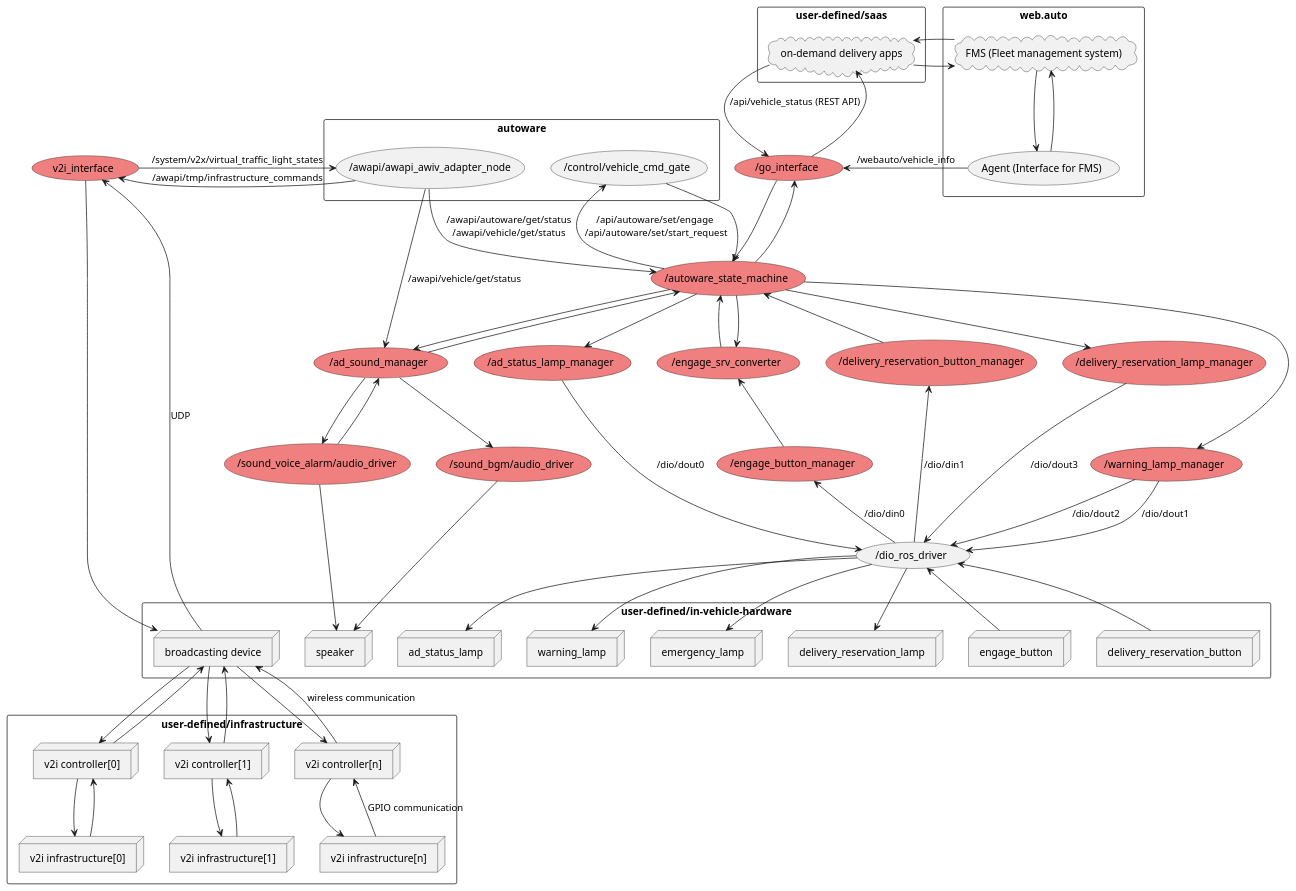
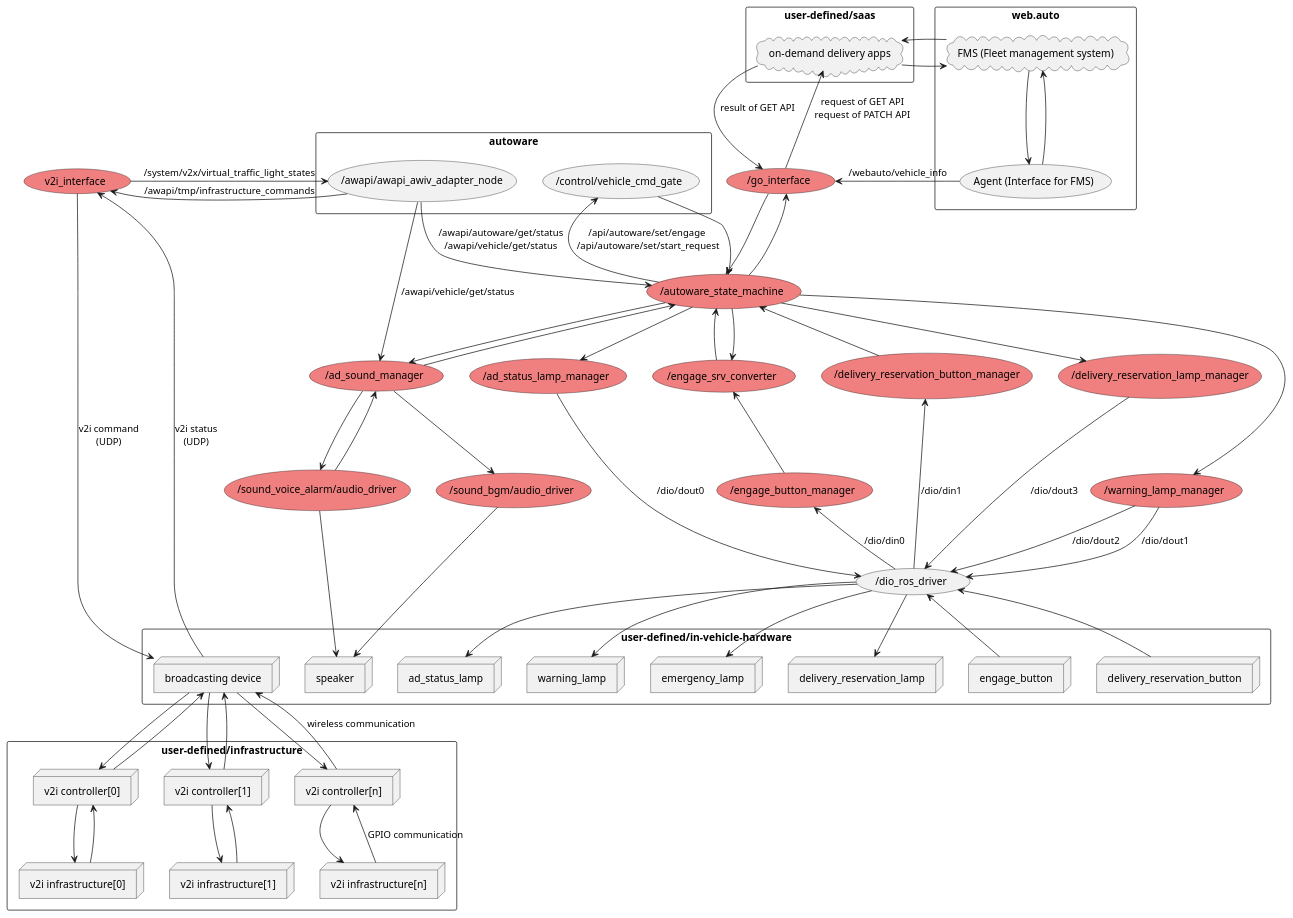
One commit to tier4/proj_launch changed the diagram in docs/node_graph.pu. Above: the diagram before and after it, drawn with PlantUML.

Commit message:
chore(readme): fix interface name in node graph

```diff
--- a/docs/node_graph.pu
+++ b/docs/node_graph.pu
@@ -1,119 +1,119 @@
 @startuml
 rectangle "autoware" {
   usecase "/awapi/awapi_awiv_adapter_node"
   usecase "/control/vehicle_cmd_gate"
 }
 
 rectangle "web.auto" {
   cloud "FMS (Fleet management system)" as FMS
   usecase "Agent (Interface for FMS)" as Agent
 }
 rectangle "user-defined/saas" {
   cloud "on-demand delivery apps" as DeliveryApp
 }
 
 rectangle "user-defined/in-vehicle-hardware" {
   node "broadcasting device"
   node "speaker"
   node "ad_status_lamp"
   node "warning_lamp"
   node "emergency_lamp"
   node "delivery_reservation_lamp"
   node "engage_button"
   node "delivery_reservation_button"
 }
 
 rectangle "user-defined/infrastructure" {
   node "v2i controller[0]" as v2ictl_0
   node "v2i controller[1]" as v2ictl_1
   node "v2i controller[n]" as v2ictl_n
   node "v2i infrastructure[0]" as v2ihw_0
   node "v2i infrastructure[1]" as v2ihw_1
   node "v2i infrastructure[n]" as v2ihw_n
 }
 
 usecase "v2i_interface" #LightCoral
 usecase "/go_interface" #LightCoral
 usecase "/autoware_state_machine" #LightCoral
 usecase "/ad_sound_manager" #LightCoral
 usecase "/sound_voice_alarm/audio_driver" #LightCoral
 usecase "/sound_bgm/audio_driver" #LightCoral
 usecase "/ad_status_lamp_manager" #LightCoral
 usecase "/engage_button_manager" #LightCoral
 usecase "/delivery_reservation_button_manager" #LightCoral
 usecase "/engage_srv_converter" #LightCoral
 usecase "/delivery_reservation_lamp_manager" #LightCoral
 usecase "/warning_lamp_manager" #LightCoral
 
 usecase "/dio_ros_driver"
 
 (v2i_interface) <- (/awapi/awapi_awiv_adapter_node) : /awapi/tmp/infrastructure_commands
 (v2i_interface) -> (/awapi/awapi_awiv_adapter_node) : /system/v2x/virtual_traffic_light_states
-(v2i_interface) --> (broadcasting device)
-(v2i_interface) <-- (broadcasting device) : UDP
+(v2i_interface) --> (broadcasting device) : v2i command\n(UDP)
+(v2i_interface) <-- (broadcasting device) : v2i status\n(UDP)
 (broadcasting device) --> (v2ictl_0)
 (broadcasting device) <-- (v2ictl_0)
 (broadcasting device) --> (v2ictl_1)
 (broadcasting device) <-- (v2ictl_1)
 (broadcasting device) --> (v2ictl_n)
 (broadcasting device) <-- (v2ictl_n) : wireless communication
 
 (/awapi/awapi_awiv_adapter_node) -[hidden] (/control/vehicle_cmd_gate)
 (/awapi/awapi_awiv_adapter_node) --> (/ad_sound_manager) : /awapi/vehicle/get/status
 (/autoware_state_machine) --> (/ad_sound_manager)
 (/autoware_state_machine) <-- (/ad_sound_manager)
 (/ad_sound_manager) --> (/sound_voice_alarm/audio_driver)
 (/ad_sound_manager) <-- (/sound_voice_alarm/audio_driver)
 (/ad_sound_manager) --> (/sound_bgm/audio_driver)
 (/sound_voice_alarm/audio_driver) --> (speaker)
 (/sound_bgm/audio_driver) --> (speaker)
 
 (/autoware_state_machine) --> (/ad_status_lamp_manager)
 (/ad_status_lamp_manager) --> (/dio_ros_driver) : /dio/dout0
 
 (/delivery_reservation_button_manager) <-- (/dio_ros_driver): /dio/din1
 (/autoware_state_machine) <-- (/delivery_reservation_button_manager)
 (/engage_button_manager) <-- (/dio_ros_driver): /dio/din0
 (/engage_srv_converter) <-- (/engage_button_manager)
 
 (/autoware_state_machine) --> (/delivery_reservation_lamp_manager)
 (/delivery_reservation_lamp_manager) --> (/dio_ros_driver) : /dio/dout3
 
 (/autoware_state_machine) <-- (/engage_srv_converter)
 (/autoware_state_machine) --> (/engage_srv_converter) 
 (/control/vehicle_cmd_gate) <-- (/autoware_state_machine) : /api/autoware/set/engage\n /api/autoware/set/start_request
 (/control/vehicle_cmd_gate) --> (/autoware_state_machine) 
 
 (DeliveryApp) -> (FMS)
 (DeliveryApp) <- (FMS)
 (FMS) --> (Agent)
 (FMS) <-- (Agent)
 (/go_interface) <- (Agent): /webauto/vehicle_info
-(DeliveryApp) -->  (/go_interface) : /api/vehicle_status (REST API)
-(/go_interface) --> (DeliveryApp)
+(DeliveryApp) -->  (/go_interface) : result of GET API
+(/go_interface) --> (DeliveryApp) : request of GET API\nrequest of PATCH API
 (/go_interface) --> (/autoware_state_machine)
 (/go_interface) <-- (/autoware_state_machine)
 
 (v2ictl_0) -[hidden] (v2ictl_1)
 (v2ictl_1) -[hidden] (v2ictl_n)
 
 (v2ictl_0) --> (v2ihw_0)
 (v2ictl_0) <-- (v2ihw_0)
 (v2ictl_1) --> (v2ihw_1)
 (v2ictl_1) <-- (v2ihw_1)
 (v2ictl_n) --> (v2ihw_n)
 (v2ictl_n) <-- (v2ihw_n) : GPIO communication
 
 (/autoware_state_machine) --> (/warning_lamp_manager)
 (/warning_lamp_manager) --> (/dio_ros_driver) : /dio/dout2
 (/warning_lamp_manager) --> (/dio_ros_driver) : /dio/dout1
 
 (/dio_ros_driver) --> (ad_status_lamp)
 (/dio_ros_driver) --> (warning_lamp)
 (/dio_ros_driver) --> (emergency_lamp)
 (/dio_ros_driver) --> (delivery_reservation_lamp)
 (/dio_ros_driver) <-- (engage_button)
 (/dio_ros_driver) <-- (delivery_reservation_button)
 
 (/awapi/awapi_awiv_adapter_node) --> (/autoware_state_machine) : /awapi/autoware/get/status\n/awapi/vehicle/get/status
 @enduml
```
